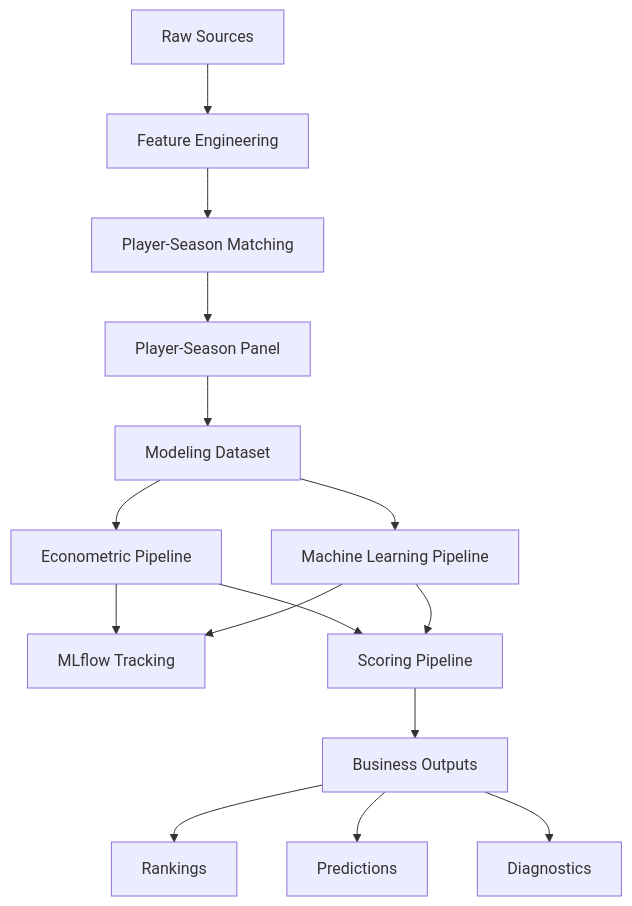
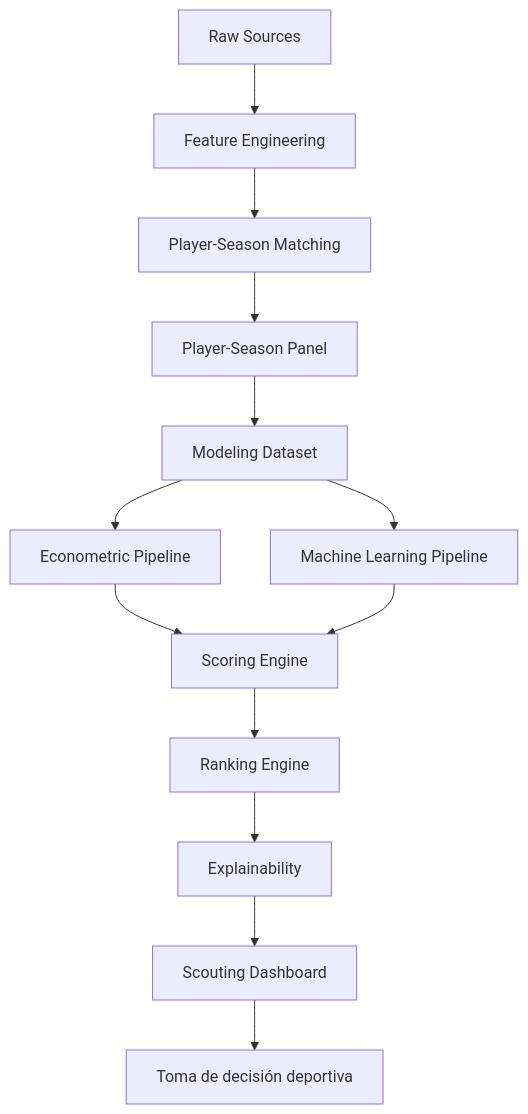
One commit to manuelpeba/market-value-football-tfm changed the diagram in PROJECT_STATUS.md. Above: the diagram before and after it, drawn with Mermaid. The commit also changed other lines of this file and 11 other files, not shown here.

Commit message:
feat: add Sprint 7 scouting dashboard and decision support layer

````diff
--- a/PROJECT_STATUS.md
+++ b/PROJECT_STATUS.md
@@ -787,27 +832,19 @@
 ``` mermaid
 flowchart TD
 
 A[Raw Sources] --> B[Feature Engineering]
-
 B --> C[Player-Season Matching]
-
 C --> D[Player-Season Panel]
-
 D --> E[Modeling Dataset]
 
 E --> F[Econometric Pipeline]
-
 E --> G[Machine Learning Pipeline]
 
-F --> H[MLflow Tracking]
+F --> H[Scoring Engine]
 G --> H
 
-F --> I[Scoring Pipeline]
-G --> I
-
-I --> J[Business Outputs]
-
-J --> K[Rankings]
-J --> L[Predictions]
-J --> M[Diagnostics]
+H --> I[Ranking Engine]
+I --> J[Explainability]
+J --> K[Scouting Dashboard]
+K --> L[Toma de decisión deportiva]
 ```
````
